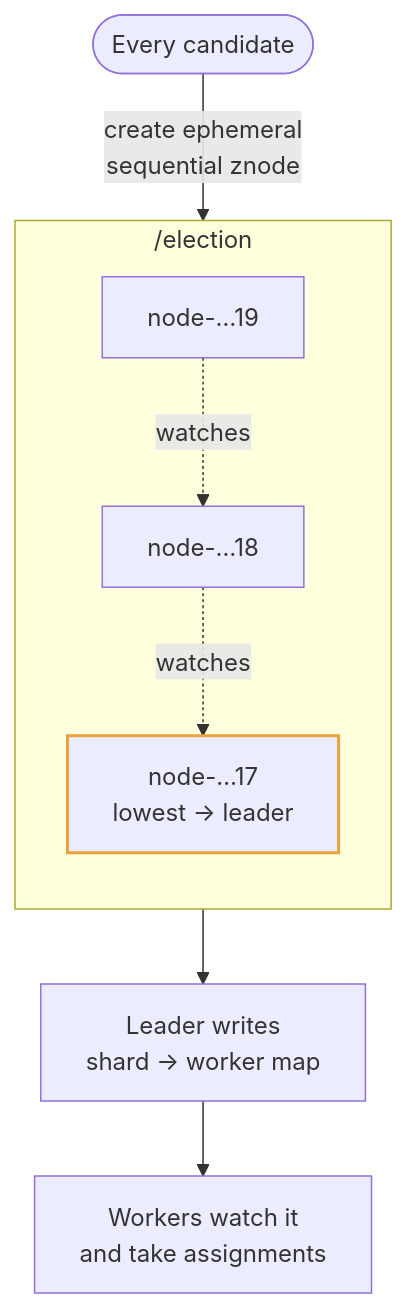
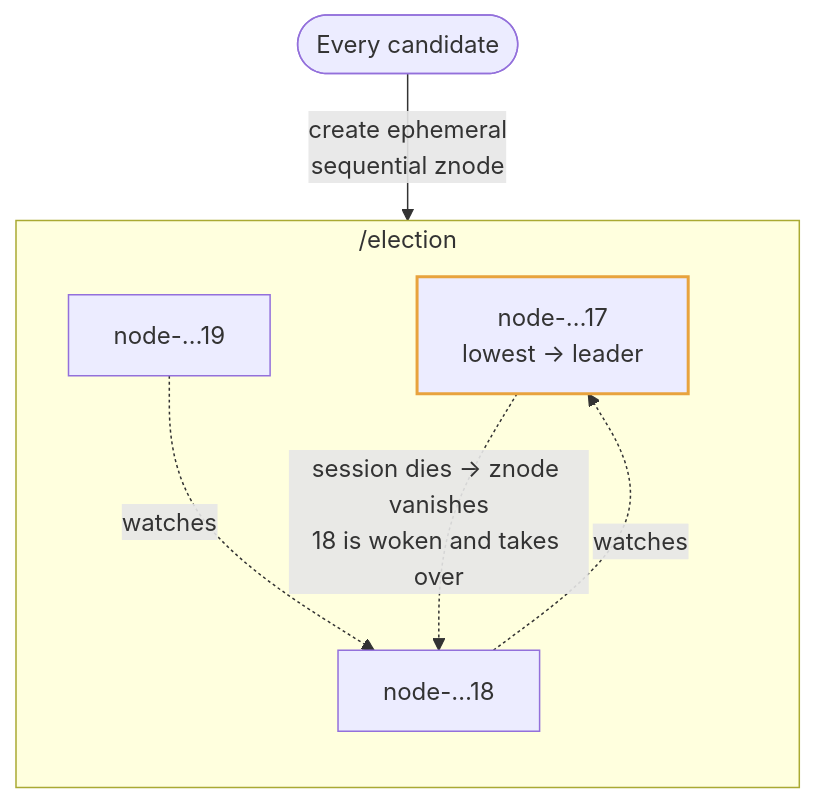
The first of 4 diagrams in content/tech/15-zookeeper.md (mertkahyaoglu/atlas), drawn with Mermaid before and after one commit. The commit also changed other lines of this file and 18 other files, not shown here.

First line of the commit message:
Rebuild the technology pages as use cases with diagrams

````diff
--- a/content/tech/15-zookeeper.md
+++ b/content/tech/15-zookeeper.md
@@ -86,19 +44,18 @@
 ```mermaid
 flowchart TB
     C([Every candidate]) -- "create ephemeral<br/>sequential znode" --> Tree
 
     subgraph Tree ["/election"]
         direction TB
         N1["node-…17<br/>lowest → leader"]
         N2["node-…18"]
         N3["node-…19"]
         N2 -. "watches" .-> N1
         N3 -. "watches" .-> N2
     end
 
-    N1 --> Work["Leader writes<br/>shard → worker map"]
-    Work --> W["Workers watch it<br/>and take assignments"]
+    N1 -. "session dies → znode vanishes<br/>18 is woken and takes over" .-> N2
 
     classDef hot stroke:#e8a33d,stroke-width:2px
     class N1 hot
 ```
````
